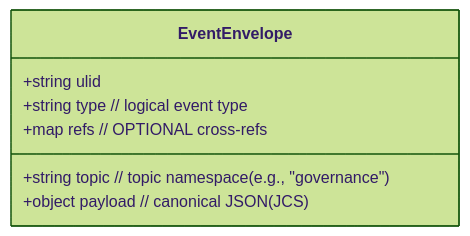
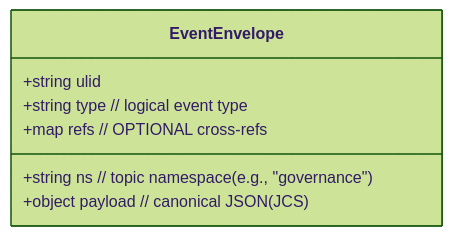
The first of 2 diagrams in docs/decisions/ADR-0005/DECISION.md (flyingrobots/gatos), drawn with Mermaid (forest theme) before and after one commit. The commit also changed other lines of this file and 3 other files, not shown here.

Commit message:
docs/schemas(ADR-0005): normalize envelope key to ns; add MUST JCS write+hash; link trailer schema; add error taxonomy; tighten Digest guidance; checkpoint anyOf(ulid|commit_oid)

````diff
--- a/docs/decisions/ADR-0005/DECISION.md
+++ b/docs/decisions/ADR-0005/DECISION.md
@@ -37,10 +37,10 @@
 ```mermaid
 classDiagram
   class EventEnvelope {
     +string ulid
-    +string topic                  // topic namespace (e.g., "governance")
+    +string ns                  // topic namespace (e.g., "governance")
     +string type                // logical event type
     +object payload             // canonical JSON (JCS)
     +map<string, blake3Digest> refs  // OPTIONAL cross-refs
   }
 ```
````
